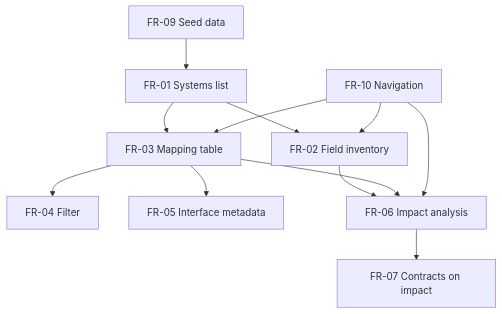
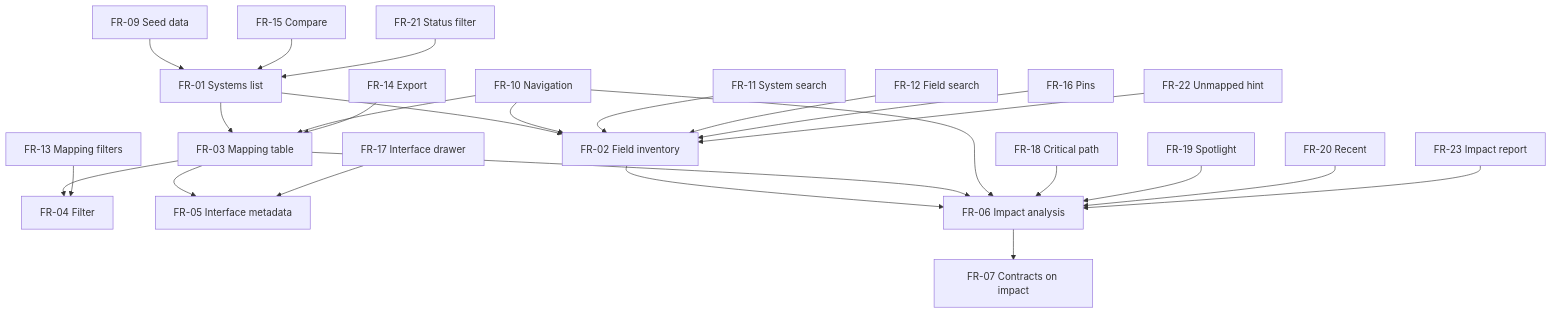
Before and after one commit to jah-guide/sourcemap: the diagram in docs/03-requirements.md, drawn with Mermaid. The commit also changed other lines of this file and 4 other files, not shown here.

````diff
--- a/docs/03-requirements.md
+++ b/docs/03-requirements.md
@@ -40,14 +53,27 @@
 ```mermaid
 flowchart TD
   FR01[FR-01 Systems list] --> FR02[FR-02 Field inventory]
   FR01 --> FR03[FR-03 Mapping table]
   FR03 --> FR04[FR-04 Filter]
   FR03 --> FR05[FR-05 Interface metadata]
   FR02 --> FR06[FR-06 Impact analysis]
   FR03 --> FR06
   FR06 --> FR07[FR-07 Contracts on impact]
   FR09[FR-09 Seed data] --> FR01
   FR10[FR-10 Navigation] --> FR02
   FR10 --> FR03
   FR10 --> FR06
+  FR11[FR-11 System search] --> FR02
+  FR12[FR-12 Field search] --> FR02
+  FR13[FR-13 Mapping filters] --> FR04
+  FR14[FR-14 Export] --> FR03
+  FR15[FR-15 Compare] --> FR01
+  FR16[FR-16 Pins] --> FR02
+  FR17[FR-17 Interface drawer] --> FR05
+  FR18[FR-18 Critical path] --> FR06
+  FR19[FR-19 Spotlight] --> FR06
+  FR20[FR-20 Recent] --> FR06
+  FR21[FR-21 Status filter] --> FR01
+  FR22[FR-22 Unmapped hint] --> FR02
+  FR23[FR-23 Impact report] --> FR06
 ```
````
